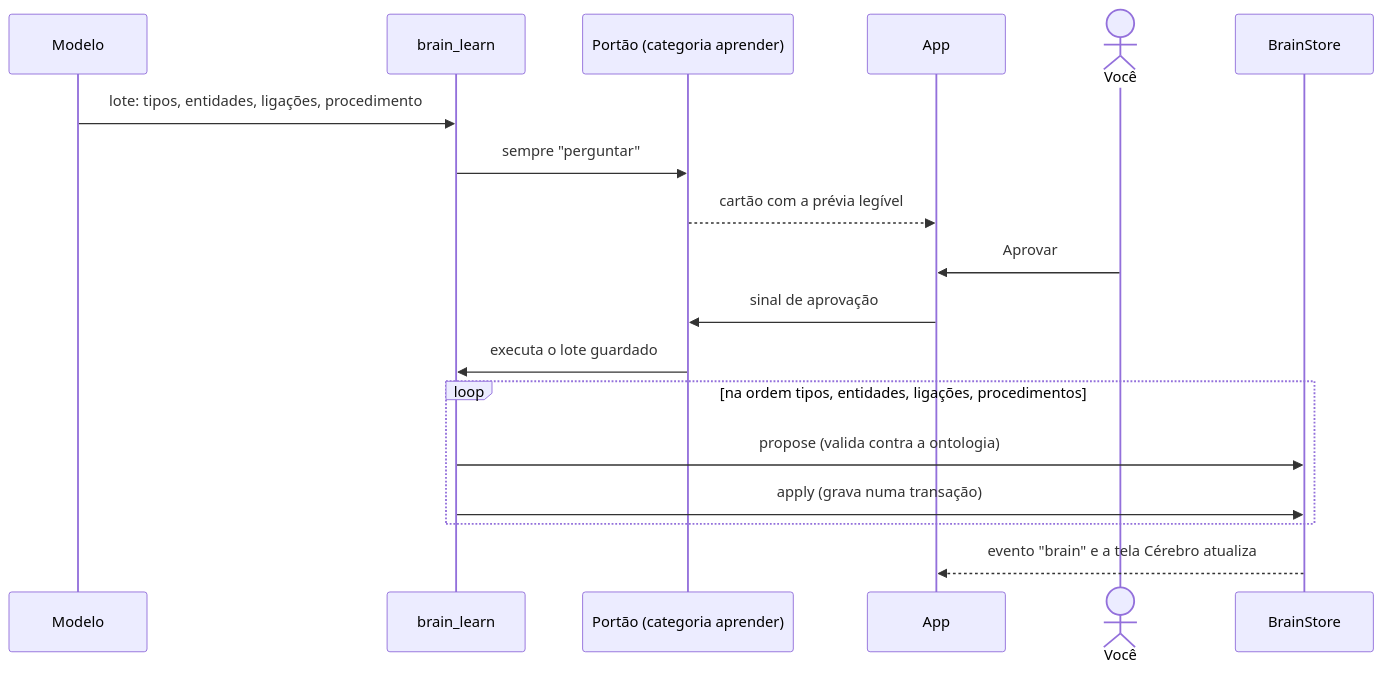
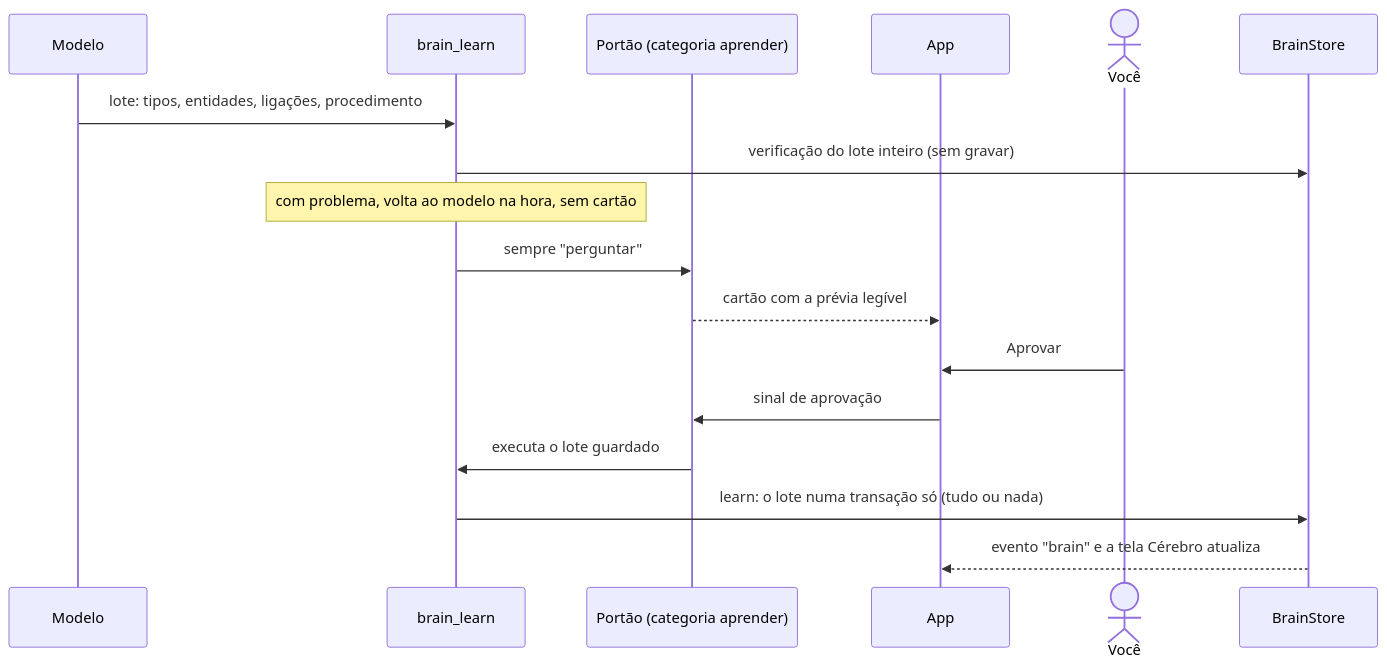
Before and after one commit to arthurparahyba/orbi: the second of 4 diagrams in docs/funcionalidades/04-cerebro.md, drawn with Mermaid. The commit also changed other lines of this file and 18 other files, not shown here.

````diff
--- a/docs/funcionalidades/04-cerebro.md
+++ b/docs/funcionalidades/04-cerebro.md
@@ -107,21 +107,20 @@
 ```mermaid
 sequenceDiagram
   participant Modelo
   participant Learn as brain_learn
   participant Portao as Portão (categoria aprender)
   participant App
   actor Voce as Você
   participant Store as BrainStore
 
   Modelo->>Learn: lote: tipos, entidades, ligações, procedimento
+  Learn->>Store: verificação do lote inteiro (sem gravar)
+  Note over Learn: com problema, volta ao modelo na hora, sem cartão
   Learn->>Portao: sempre "perguntar"
   Portao-->>App: cartão com a prévia legível
   Voce->>App: Aprovar
   App->>Portao: sinal de aprovação
   Portao->>Learn: executa o lote guardado
-  loop na ordem tipos, entidades, ligações, procedimentos
-    Learn->>Store: propose (valida contra a ontologia)
-    Learn->>Store: apply (grava numa transação)
-  end
+  Learn->>Store: learn: o lote numa transação só (tudo ou nada)
   Store-->>App: evento "brain" e a tela Cérebro atualiza
 ```
````
